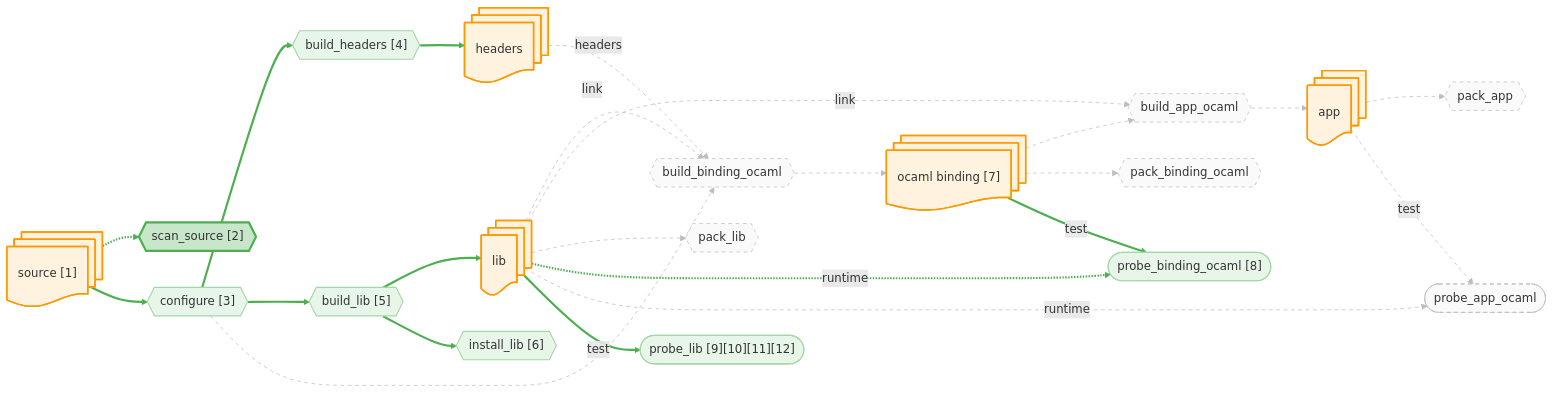
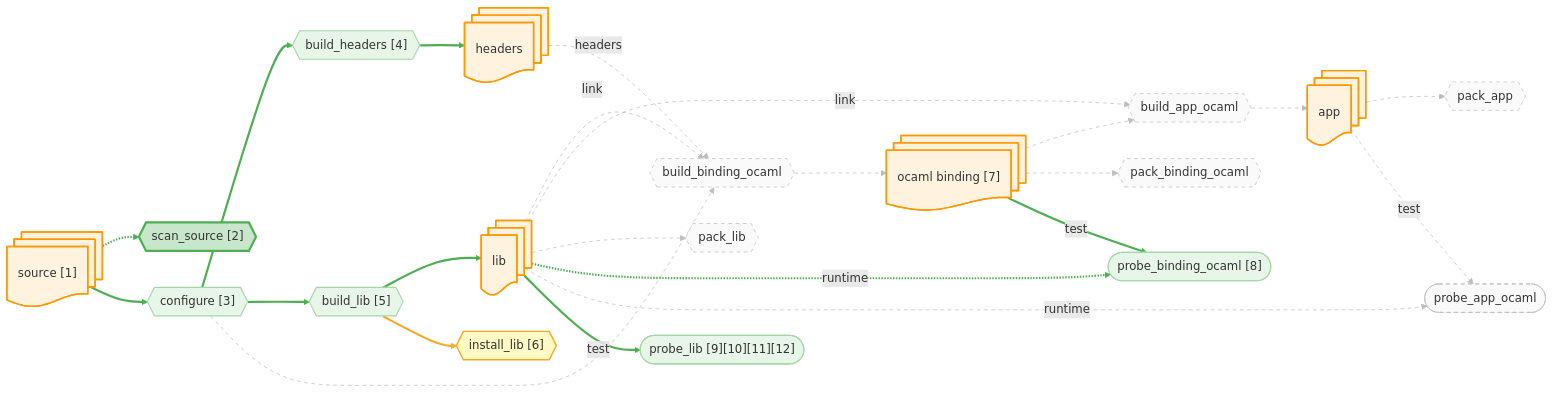
One commit to JHU-PL-Lab/tola changed the diagram in docs/canary/projects/z3/-run/diagrams/source.mmd. Above: the diagram before and after it, drawn with Mermaid. The commit also changed 41 other files, not shown here.

```diff
--- a/docs/canary/projects/z3/-run/diagrams/source.mmd
+++ b/docs/canary/projects/z3/-run/diagrams/source.mmd
@@ -1,89 +1,89 @@
 %% view: source
 graph LR
     source_node@{ shape: docs, label: "source [1]" }
     headers_node@{ shape: docs, label: "headers" }
     lib_node@{ shape: docs, label: "lib" }
     app_node@{ shape: docs, label: "app" }
     ocaml_binding_node@{ shape: docs, label: "ocaml binding [7]" }
 
     A_scan_source{{"scan_source [2]"}}
     A_configure{{"configure [3]"}}
     A_build_headers{{"build_headers [4]"}}
     A_build_lib{{"build_lib [5]"}}
     A_build_binding_ocaml{{"build_binding_ocaml"}}
     A_build_app_ocaml{{"build_app_ocaml"}}
     A_install_lib{{"install_lib [6]"}}
     A_pack_binding_ocaml{{"pack_binding_ocaml"}}
     A_pack_lib{{"pack_lib"}}
     A_pack_app{{"pack_app"}}
     A_probe_binding_ocaml(["probe_binding_ocaml [8]"])
     A_probe_app_ocaml(["probe_app_ocaml"])
     A_probe_lib(["probe_lib [9][10][11][12]"])
 
     source_node -.-> A_scan_source
     source_node --> A_configure
     A_configure --> A_build_headers
     A_build_headers --> headers_node
     A_configure --> A_build_lib
     A_build_lib --> lib_node
     A_configure --> A_build_binding_ocaml
     headers_node -.->|headers| A_build_binding_ocaml
     lib_node -.->|link| A_build_binding_ocaml
     A_build_binding_ocaml --> ocaml_binding_node
     ocaml_binding_node --> A_build_app_ocaml
     lib_node -.->|link| A_build_app_ocaml
     A_build_app_ocaml --> app_node
     A_build_lib --> A_install_lib
     ocaml_binding_node --> A_pack_binding_ocaml
     lib_node --> A_pack_lib
     app_node --> A_pack_app
     ocaml_binding_node -->|test| A_probe_binding_ocaml
     lib_node -.->|runtime| A_probe_binding_ocaml
     app_node -->|test| A_probe_app_ocaml
     lib_node -.->|runtime| A_probe_app_ocaml
     lib_node -->|test| A_probe_lib
 
     classDef artifact fill:#fff3e0,stroke:#ff9800,stroke-width:2px
     classDef action fill:#f3e5f5,stroke:#9c27b0,stroke-width:2px
     classDef st_done fill:#c8e6c9,stroke:#4caf50,stroke-width:3px
     classDef st_done_ctx fill:#e8f5e9,stroke:#a5d6a7,stroke-width:1.5px
     classDef st_expected_fail fill:#fff9c4,stroke:#f9a825,stroke-width:2px
     classDef st_failed fill:#ffcdd2,stroke:#c62828,stroke-width:2px
     classDef st_skipped fill:#f5f5f5,stroke:#9e9e9e,stroke-dasharray:5
     classDef st_nospec fill:#fafafa,stroke:#bdbdbd,stroke-dasharray:5
     class source_node,headers_node,lib_node,app_node,ocaml_binding_node artifact
     class A_scan_source st_done
     class A_configure st_done_ctx
     class A_build_headers st_done_ctx
     class A_build_lib st_done_ctx
     class A_build_binding_ocaml st_nospec
     class A_build_app_ocaml st_nospec
-    class A_install_lib st_done_ctx
+    class A_install_lib st_expected_fail
     class A_pack_binding_ocaml st_nospec
     class A_pack_lib st_nospec
     class A_pack_app st_nospec
     class A_probe_binding_ocaml st_done_ctx
     class A_probe_app_ocaml st_nospec
     class A_probe_lib st_done_ctx
     linkStyle 0 stroke:#4caf50,stroke-width:3px
     linkStyle 1 stroke:#4caf50,stroke-width:3px
     linkStyle 2 stroke:#4caf50,stroke-width:3px
     linkStyle 3 stroke:#4caf50,stroke-width:3px
     linkStyle 4 stroke:#4caf50,stroke-width:3px
     linkStyle 5 stroke:#4caf50,stroke-width:3px
     linkStyle 6 stroke:#bdbdbd,stroke-width:1px,stroke-dasharray:5
     linkStyle 7 stroke:#bdbdbd,stroke-width:1px,stroke-dasharray:5
     linkStyle 8 stroke:#bdbdbd,stroke-width:1px,stroke-dasharray:5
     linkStyle 9 stroke:#bdbdbd,stroke-width:1px,stroke-dasharray:5
     linkStyle 10 stroke:#bdbdbd,stroke-width:1px,stroke-dasharray:5
     linkStyle 11 stroke:#bdbdbd,stroke-width:1px,stroke-dasharray:5
     linkStyle 12 stroke:#bdbdbd,stroke-width:1px,stroke-dasharray:5
-    linkStyle 13 stroke:#4caf50,stroke-width:3px
+    linkStyle 13 stroke:#f9a825,stroke-width:3px
     linkStyle 14 stroke:#bdbdbd,stroke-width:1px,stroke-dasharray:5
     linkStyle 15 stroke:#bdbdbd,stroke-width:1px,stroke-dasharray:5
     linkStyle 16 stroke:#bdbdbd,stroke-width:1px,stroke-dasharray:5
     linkStyle 17 stroke:#4caf50,stroke-width:3px
     linkStyle 18 stroke:#4caf50,stroke-width:3px
     linkStyle 19 stroke:#bdbdbd,stroke-width:1px,stroke-dasharray:5
     linkStyle 20 stroke:#bdbdbd,stroke-width:1px,stroke-dasharray:5
     linkStyle 21 stroke:#4caf50,stroke-width:3px
```
